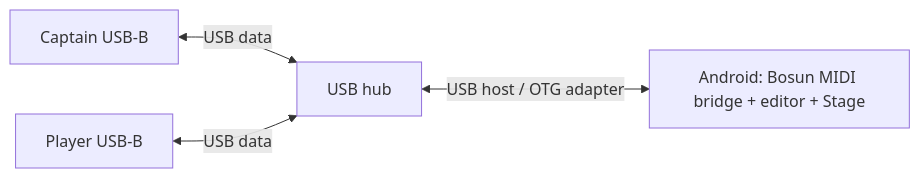
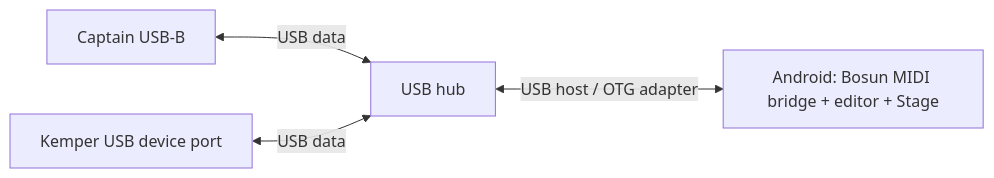
The third of 4 diagrams in docs/first-setup.md (danmigdev/bosun-midi-captain), drawn with Mermaid before and after one commit. The commit also changed other lines of this file and 20 other files, not shown here.

````diff
--- a/docs/first-setup.md
+++ b/docs/first-setup.md
@@ -29,6 +51,6 @@
 ```mermaid
 flowchart LR
   Captain["Captain USB-B"] <-->|USB data| Hub["USB hub"]
-  Player["Player USB-B"] <-->|USB data| Hub
+  Kemper["Kemper USB device port"] <-->|USB data| Hub
   Hub <-->|USB host / OTG adapter| Android["Android: Bosun MIDI bridge + editor + Stage"]
 ```
````
